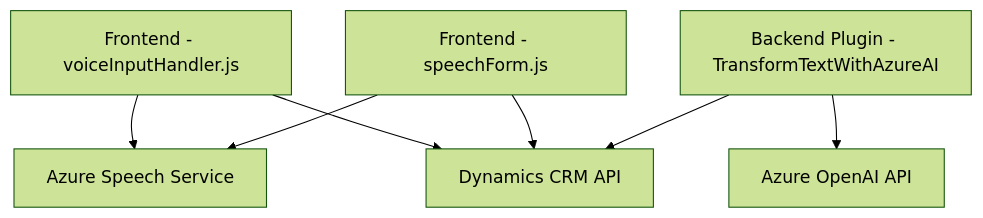
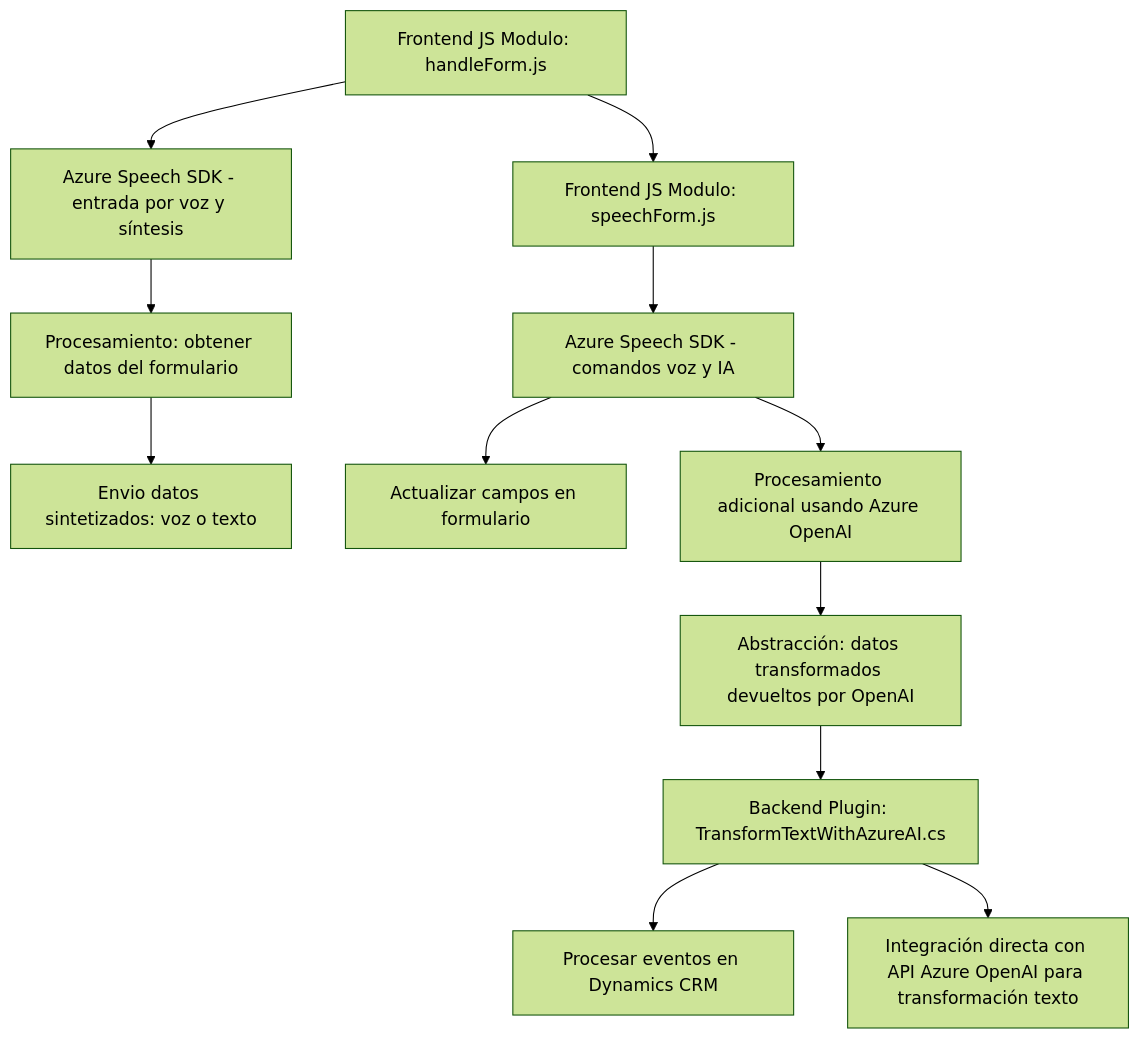
One commit to blopezdm/NETCORE_BILBAO2025 changed the diagram in README.md. Above: the diagram before and after it, drawn with Mermaid (forest theme). The commit also changed other lines of this file, not shown here.

Commit message:
Actualizar análisis global de la solución con IA

````diff
--- a/README.md
+++ b/README.md
@@ -41,16 +38,14 @@
 ```mermaid
 graph TD
-  A["Frontend - voiceInputHandler.js"]
-  B["Frontend - speechForm.js"]
-  C["Backend Plugin - TransformTextWithAzureAI"]
-  D["Azure Speech Service"]
-  E["Dynamics CRM API"]
-  F["Azure OpenAI API"]
-
-  A-->D
-  A-->E
-  B-->D
-  B-->E
-  C-->F
-  C-->E
+    A["Frontend JS Modulo: handleForm.js"] --> B["Azure Speech SDK - entrada por voz y síntesis"]
+    B --> C["Procesamiento: obtener datos del formulario"]
+    C --> D["Envio datos sintetizados: voz o texto"]
+    A --> E["Frontend JS Modulo: speechForm.js"]
+    E --> F["Azure Speech SDK - comandos voz y IA"]
+    F --> G["Actualizar campos en formulario"]
+    F --> H["Procesamiento adicional usando Azure OpenAI"]
+    H --> I["Abstracción: datos transformados devueltos por OpenAI"]
+    I --> J["Backend Plugin: TransformTextWithAzureAI.cs"]
+    J --> K["Procesar eventos en Dynamics CRM"]
+    J --> L["Integración directa con API Azure OpenAI para transformación texto"]
 ```
````
